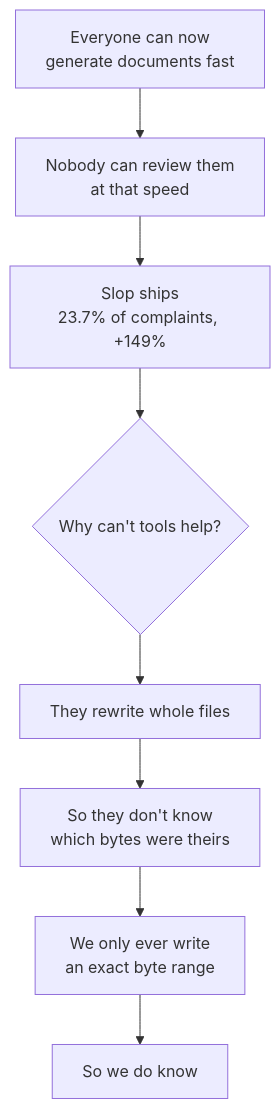
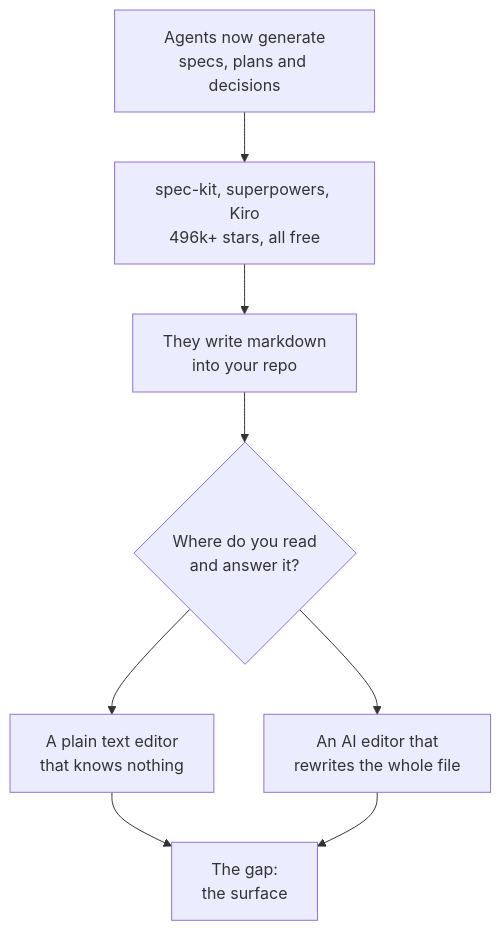
Before and after one commit to studiozephyrus/frontmatter: the first of 2 diagrams in docs/PRODUCT-BRIEF.md, drawn with Mermaid. The commit also changed other lines of this file and 1 other file, not shown here.

````diff
--- a/docs/PRODUCT-BRIEF.md
+++ b/docs/PRODUCT-BRIEF.md
@@ -182,10 +116,10 @@
 ```mermaid
 flowchart TD
-  A["Everyone can now<br/>generate documents fast"] --> B["Nobody can review them<br/>at that speed"]
-  B --> C["Slop ships<br/>23.7% of complaints, +149%"]
-  C --> D{"Why can't tools help?"}
-  D --> E["They rewrite whole files"]
-  E --> F["So they don't know<br/>which bytes were theirs"]
-  F --> G["We only ever write<br/>an exact byte range"]
-  G --> H["So we do know"]
+  A["Agents now generate<br/>specs, plans and decisions"] --> B["spec-kit, superpowers, Kiro<br/>496k+ stars, all free"]
+  B --> C["They write markdown<br/>into your repo"]
+  C --> D{"Where do you read<br/>and answer it?"}
+  D --> E["A plain text editor<br/>that knows nothing"]
+  D --> F["An AI editor that<br/>rewrites the whole file"]
+  E --> G["The gap:<br/>the surface"]
+  F --> G
 ```
````
